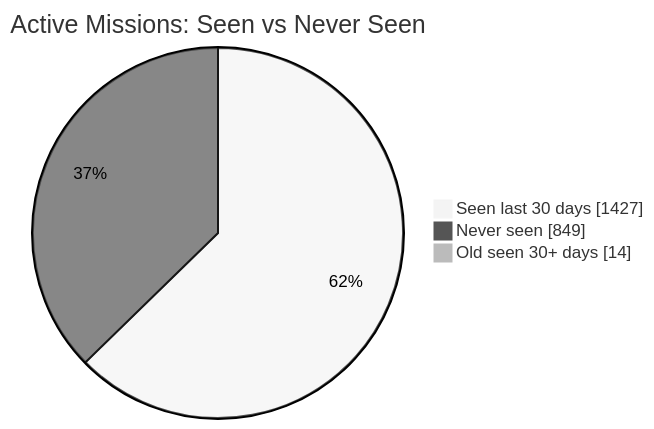
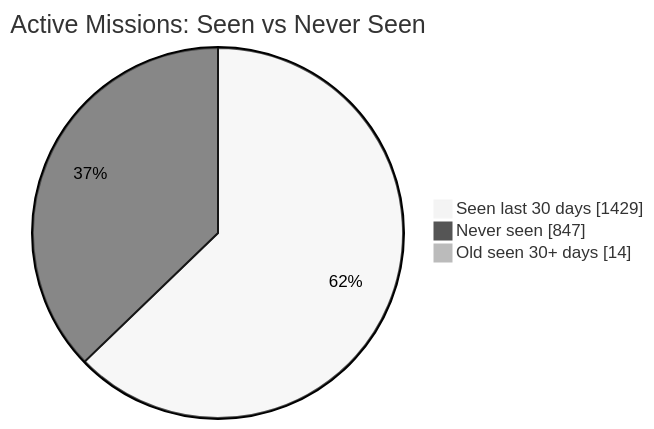
One commit to MeldkamerspelGameTeam/active-missions changed the first of 2 diagrams in README.md. Above: the diagram before and after it, drawn with Mermaid (neutral theme). The commit also changed other lines of this file and 3 other files, not shown here.

````diff
--- a/README.md
+++ b/README.md
@@ -34,7 +34,7 @@
 ```mermaid
 pie showData
     title Active Missions: Seen vs Never Seen
-    "Seen last 30 days" : 1427
-    "Never seen" : 849
+    "Seen last 30 days" : 1429
+    "Never seen" : 847
     "Old seen 30+ days" : 14
 ```
````
